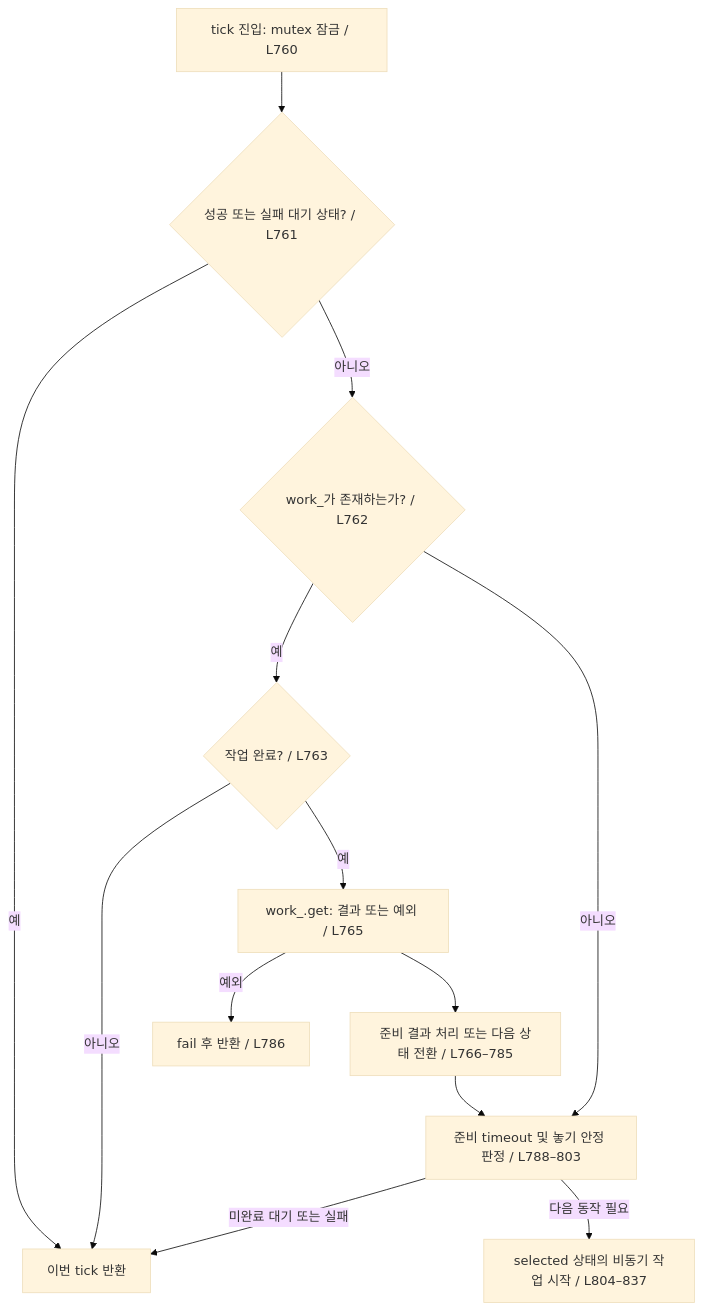
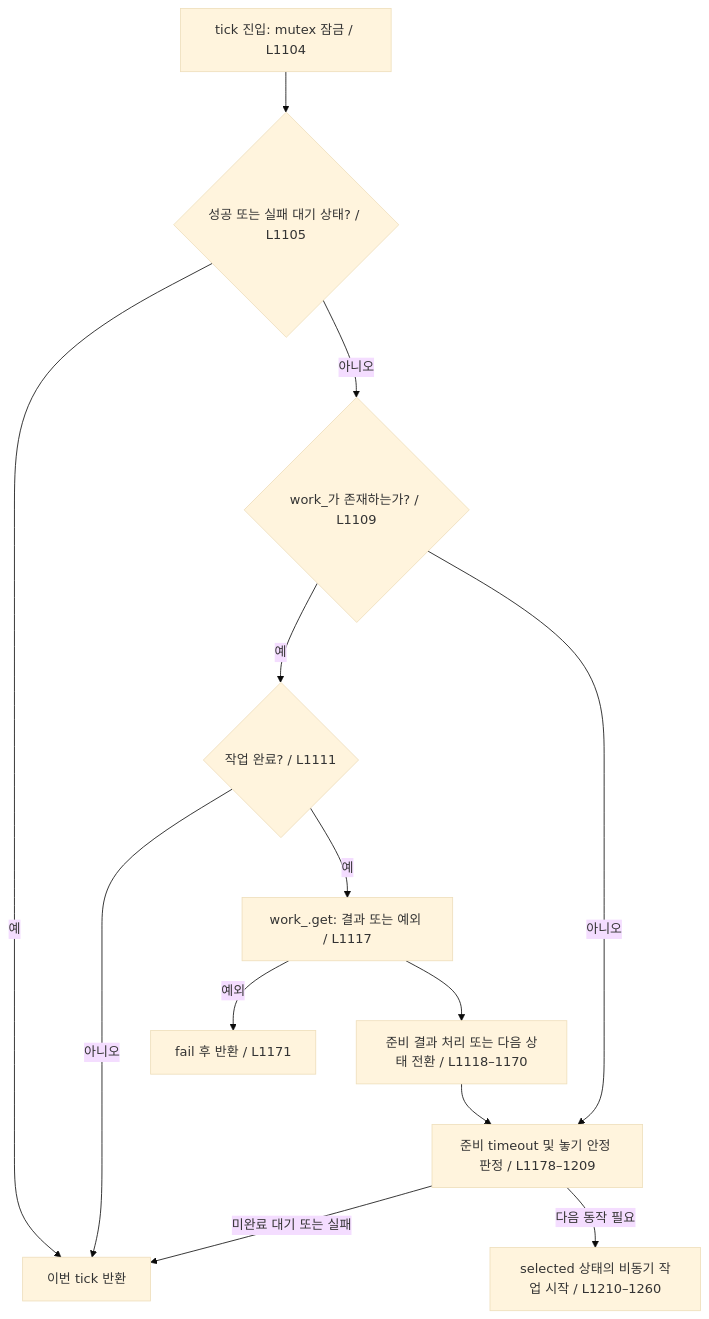
Before and after one commit to dongseoki/my_arm_with_ball: the third of 4 diagrams in docs/pick_and_place_test_cpp해설.md, drawn with Mermaid (base theme). The commit also changed other lines of this file, not shown here.

````diff
--- a/docs/pick_and_place_test_cpp해설.md
+++ b/docs/pick_and_place_test_cpp해설.md
@@ -100,15 +100,15 @@
 ```mermaid
 flowchart TD
-    ENTER["tick 진입: mutex 잠금 / L760"] --> END{"성공 또는 실패 대기 상태? / L761"}
+    ENTER["tick 진입: mutex 잠금 / L1104"] --> END{"성공 또는 실패 대기 상태? / L1105"}
     END -->|예| RET["이번 tick 반환"]
-    END -->|아니오| HAS{"work_가 존재하는가? / L762"}
-    HAS -->|예| DONE{"작업 완료? / L763"}
+    END -->|아니오| HAS{"work_가 존재하는가? / L1109"}
+    HAS -->|예| DONE{"작업 완료? / L1111"}
     DONE -->|아니오| RET
-    DONE -->|예| GET["work_.get: 결과 또는 예외 / L765"]
-    GET -->|예외| FAIL["fail 후 반환 / L786"]
-    GET --> NEXT["준비 결과 처리 또는 다음 상태 전환 / L766–785"]
-    NEXT --> CHECK["준비 timeout 및 놓기 안정 판정 / L788–803"]
+    DONE -->|예| GET["work_.get: 결과 또는 예외 / L1117"]
+    GET -->|예외| FAIL["fail 후 반환 / L1171"]
+    GET --> NEXT["준비 결과 처리 또는 다음 상태 전환 / L1118–1170"]
+    NEXT --> CHECK["준비 timeout 및 놓기 안정 판정 / L1178–1209"]
     HAS -->|아니오| CHECK
     CHECK -->|"미완료 대기 또는 실패"| RET
-    CHECK -->|"다음 동작 필요"| START["selected 상태의 비동기 작업 시작 / L804–837"]
+    CHECK -->|"다음 동작 필요"| START["selected 상태의 비동기 작업 시작 / L1210–1260"]
 ```
````
